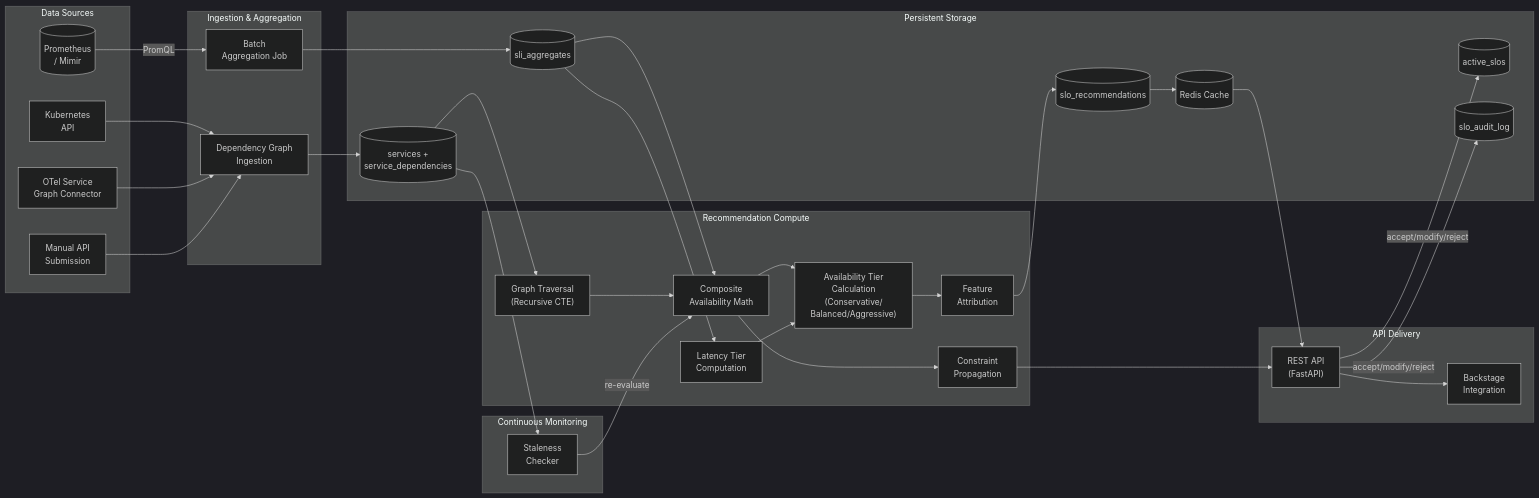
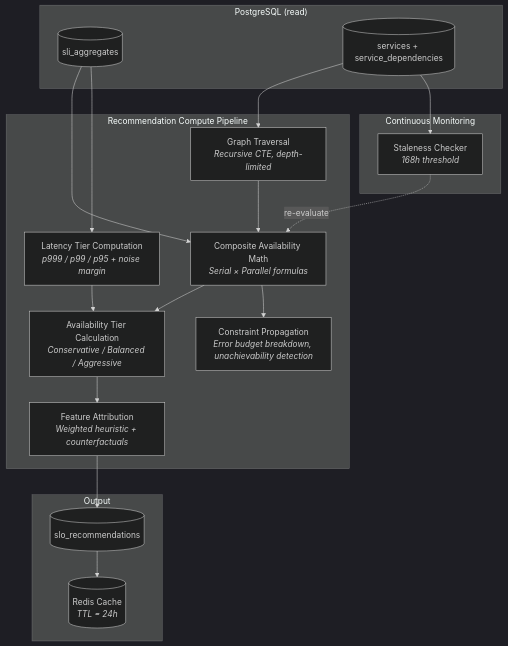
The seventh of 12 diagrams in docs/2_architecture/system_design.md (anant-gupta-utexas/slo-recommendation-engine), drawn with Mermaid (dark theme) before and after one commit. The commit also changed other lines of this file, not shown here.

````diff
--- a/docs/2_architecture/system_design.md
+++ b/docs/2_architecture/system_design.md
@@ -287,70 +407,42 @@
 ```mermaid
-flowchart LR
-    subgraph SOURCES["Data Sources"]
-        PROM_SRC[("Prometheus<br/>/ Mimir")]
-        K8S_SRC["Kubernetes<br/>API"]
-        OTEL_SRC["OTel Service<br/>Graph Connector"]
-        MANUAL["Manual API<br/>Submission"]
+flowchart TD
+    subgraph STORAGE [" PostgreSQL (read) "]
+        PG_AGG[("sli_aggregates")]
+        PG_GRAPH[("services + service_dependencies")]
     end
 
-    subgraph INGESTION["Ingestion & Aggregation"]
-        BATCH["Batch<br/>Aggregation Job"]
-        GRAPH_INGEST["Dependency Graph<br/>Ingestion"]
+    subgraph COMPUTE [" Recommendation Compute Pipeline "]
+        GRAPH_TRAVERSE["Graph Traversal<br/><i>Recursive CTE, depth-limited</i>"]
+        COMPOSITE["Composite Availability Math<br/><i>Serial × Parallel formulas</i>"]
+        LATENCY["Latency Tier Computation<br/><i>p999 / p99 / p95 + noise margin</i>"]
+        TIERS["Availability Tier Calculation<br/><i>Conservative / Balanced / Aggressive</i>"]
+        ATTR_ENG["Feature Attribution<br/><i>Weighted heuristic + counterfactuals</i>"]
+        CONSTRAINT_ENG["Constraint Propagation<br/><i>Error budget breakdown, unachievability detection</i>"]
     end
 
-    subgraph STORAGE["Persistent Storage"]
-        PG_AGG[("sli_aggregates")]
-        PG_GRAPH[("services +<br/>service_dependencies")]
+    subgraph OUTPUT [" Output "]
         PG_RECS[("slo_recommendations")]
-        PG_SLOS[("active_slos")]
-        PG_AUDIT[("slo_audit_log")]
-        REDIS_CACHE[("Redis Cache")]
+        REDIS_CACHE[("Redis Cache<br/><i>TTL = 24h</i>")]
     end
 
-    subgraph COMPUTE["Recommendation Compute"]
-        GRAPH_TRAVERSE["Graph Traversal<br/>(Recursive CTE)"]
-        COMPOSITE["Composite<br/>Availability Math"]
-        LATENCY["Latency Tier<br/>Computation"]
-        TIERS["Availability Tier<br/>Calculation<br/>(Conservative/<br/>Balanced/Aggressive)"]
-        ATTR_ENG["Feature<br/>Attribution"]
-        CONSTRAINT_ENG["Constraint<br/>Propagation"]
+    subgraph CONTINUOUS [" Continuous Monitoring "]
+        STALE_CHECK["Staleness Checker<br/><i>168h threshold</i>"]
     end
 
-    subgraph DELIVERY["API Delivery"]
-        REST_API["REST API<br/>(FastAPI)"]
-        BACKSTAGE_INT["Backstage<br/>Integration"]
-    end
-
-    subgraph CONTINUOUS["Continuous Monitoring"]
-        STALE_CHECK["Staleness<br/>Checker"]
-    end
-
-    PROM_SRC -->|PromQL| BATCH
-    K8S_SRC --> GRAPH_INGEST
-    OTEL_SRC --> GRAPH_INGEST
-    MANUAL --> GRAPH_INGEST
-
-    BATCH --> PG_AGG
-    GRAPH_INGEST --> PG_GRAPH
-
-    PG_AGG --> COMPOSITE & LATENCY
     PG_GRAPH --> GRAPH_TRAVERSE
     GRAPH_TRAVERSE --> COMPOSITE
+
+    PG_AGG --> COMPOSITE
+    PG_AGG --> LATENCY
 
     COMPOSITE --> TIERS
     LATENCY --> TIERS
     TIERS --> ATTR_ENG
+    COMPOSITE --> CONSTRAINT_ENG
+
     ATTR_ENG --> PG_RECS
     PG_RECS --> REDIS_CACHE
 
-    COMPOSITE --> CONSTRAINT_ENG
-    CONSTRAINT_ENG --> REST_API
-
-    REDIS_CACHE --> REST_API
-    REST_API --> BACKSTAGE_INT
-
-    REST_API -->|accept/modify/reject| PG_SLOS & PG_AUDIT
-
     PG_GRAPH --> STALE_CHECK
-    STALE_CHECK -->|re-evaluate| COMPOSITE
+    STALE_CHECK -. "re-evaluate" .-> COMPOSITE
 ```
````
